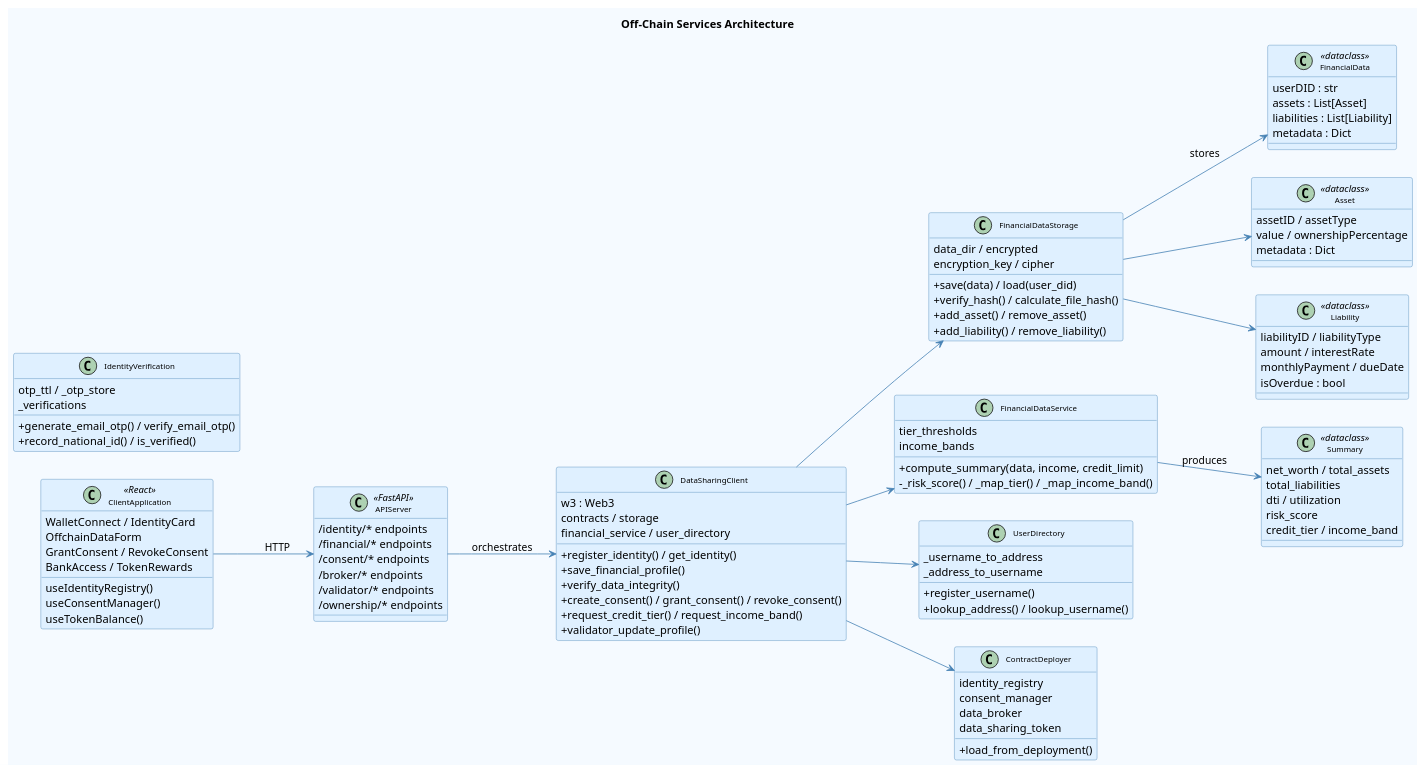
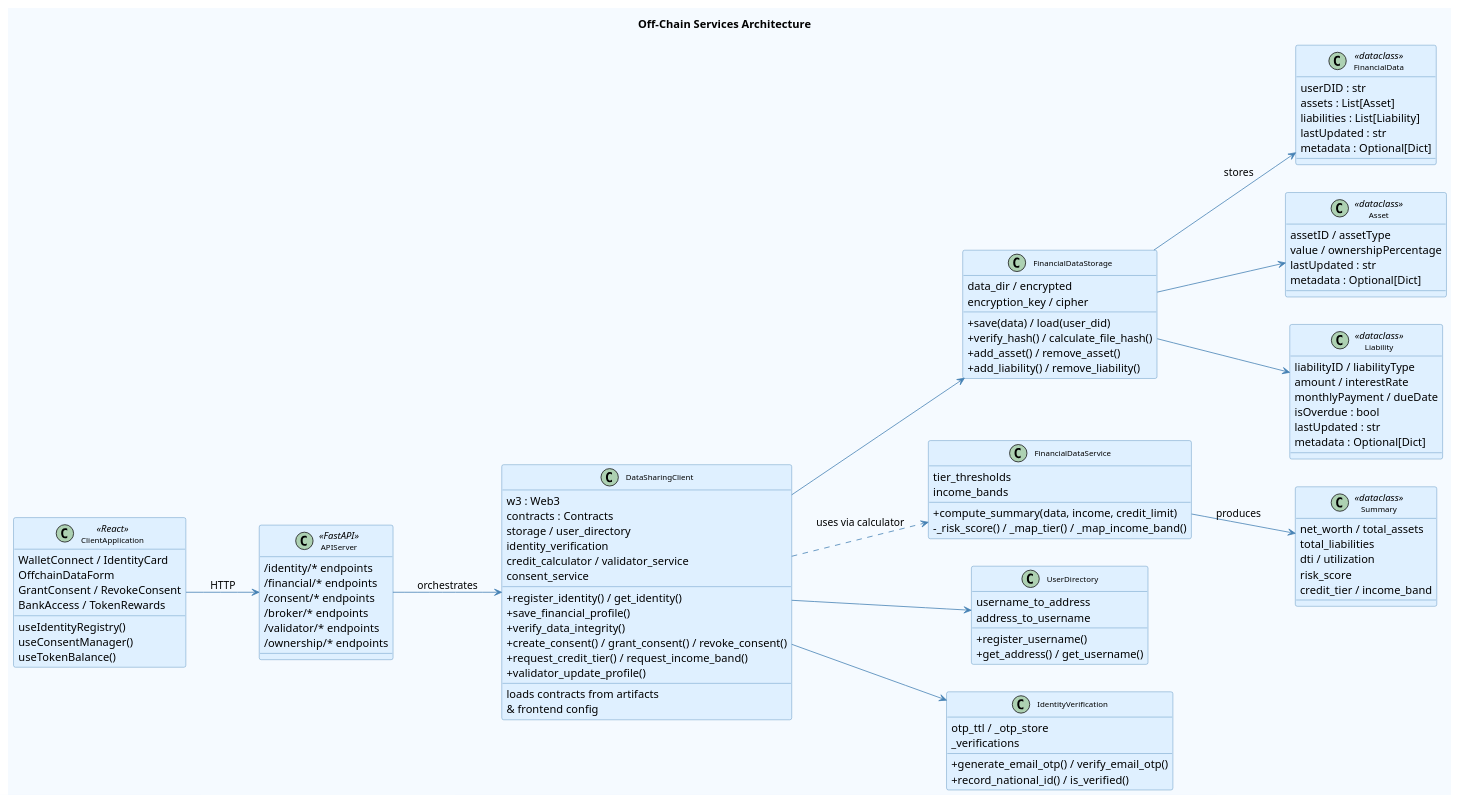
One commit to SorinBetisor/identity-blockchain changed the diagram in docs/system_design/off-chain.puml. Above: the diagram before and after it, drawn with PlantUML.

Commit message:
docs: update off-chain uml

```diff
--- a/docs/system_design/off-chain.puml
+++ b/docs/system_design/off-chain.puml
@@ -1,132 +1,133 @@
 @startuml
 
 left to right direction
 title Off-Chain Services Architecture
 
 skinparam classAttributeIconSize 0
 skinparam backgroundColor #F5FAFF
 skinparam classFontSize 10
 skinparam class {
   BackgroundColor #DFF0FF
   BorderColor #4682B4
   ArrowColor #4682B4
 }
 
 together {
   class FinancialData <<dataclass>> {
     userDID : str
     assets : List[Asset]
     liabilities : List[Liability]
-    metadata : Dict
+    lastUpdated : str
+    metadata : Optional[Dict]
   }
 
   class Asset <<dataclass>> {
     assetID / assetType
     value / ownershipPercentage
-    metadata : Dict
+    lastUpdated : str
+    metadata : Optional[Dict]
   }
 
   class Liability <<dataclass>> {
     liabilityID / liabilityType
     amount / interestRate
     monthlyPayment / dueDate
     isOverdue : bool
+    lastUpdated : str
+    metadata : Optional[Dict]
   }
 
   class Summary <<dataclass>> {
     net_worth / total_assets
     total_liabilities
     dti / utilization
     risk_score
     credit_tier / income_band
   }
 }
 
 class FinancialDataStorage {
   data_dir / encrypted
   encryption_key / cipher
   __
   + save(data) / load(user_did)
   + verify_hash() / calculate_file_hash()
   + add_asset() / remove_asset()
   + add_liability() / remove_liability()
 }
 
 class FinancialDataService {
   tier_thresholds
   income_bands
   __
   + compute_summary(data, income, credit_limit)
   - _risk_score() / _map_tier() / _map_income_band()
 }
 
 class UserDirectory {
-  _username_to_address
-  _address_to_username
+  username_to_address
+  address_to_username
   __
   + register_username()
-  + lookup_address() / lookup_username()
+  + get_address() / get_username()
 }
 
 class IdentityVerification {
   otp_ttl / _otp_store
   _verifications
   __
   + generate_email_otp() / verify_email_otp()
   + record_national_id() / is_verified()
 }
 
 class DataSharingClient {
   w3 : Web3
-  contracts / storage
-  financial_service / user_directory
+  contracts : Contracts
+  storage / user_directory
+  identity_verification
+  credit_calculator / validator_service
+  consent_service
   __
   + register_identity() / get_identity()
   + save_financial_profile()
   + verify_data_integrity()
   + create_consent() / grant_consent() / revoke_consent()
   + request_credit_tier() / request_income_band()
   + validator_update_profile()
-}
-
-class ContractDeployer {
-  identity_registry
-  consent_manager
-  data_broker
-  data_sharing_token
   __
-  + load_from_deployment()
+  loads contracts from artifacts
+  & frontend config
 }
 
 class APIServer <<FastAPI>> {
   /identity/* endpoints
   /financial/* endpoints
   /consent/* endpoints
   /broker/* endpoints
   /validator/* endpoints
   /ownership/* endpoints
 }
 
 class ClientApplication <<React>> {
   WalletConnect / IdentityCard
   OffchainDataForm
   GrantConsent / RevokeConsent
   BankAccess / TokenRewards
   __
   useIdentityRegistry()
   useConsentManager()
   useTokenBalance()
 }
 
 FinancialDataStorage --> FinancialData : stores
 FinancialDataStorage --> Asset
 FinancialDataStorage --> Liability
 FinancialDataService --> Summary : produces
 DataSharingClient --> FinancialDataStorage
-DataSharingClient --> FinancialDataService
 DataSharingClient --> UserDirectory
-DataSharingClient --> ContractDeployer
+DataSharingClient --> IdentityVerification
+DataSharingClient ..> FinancialDataService : uses via calculator
 APIServer --> DataSharingClient : orchestrates
 ClientApplication --> APIServer : HTTP
 
 @enduml
```
